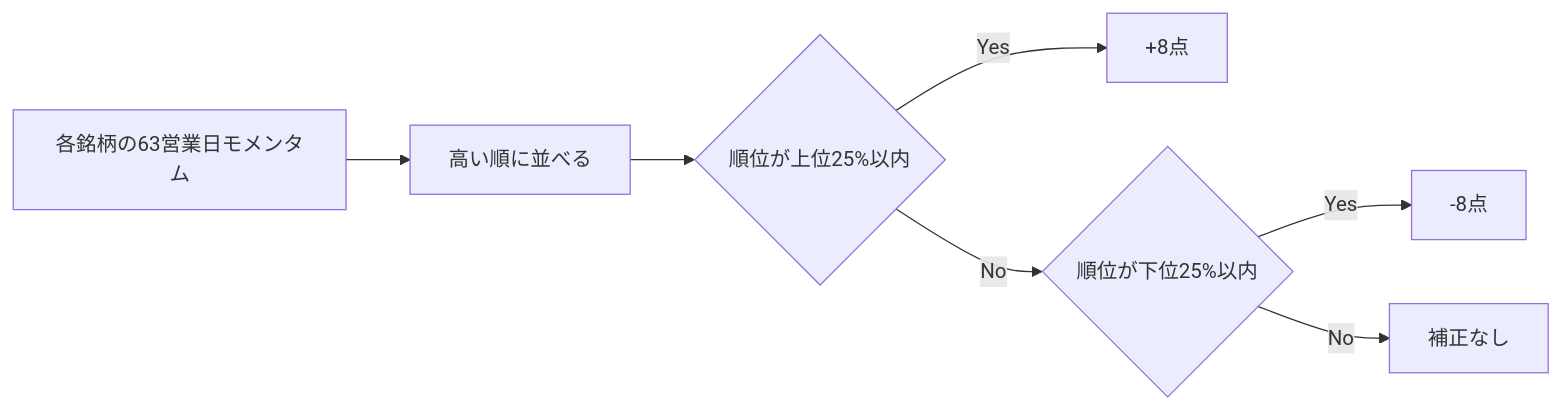
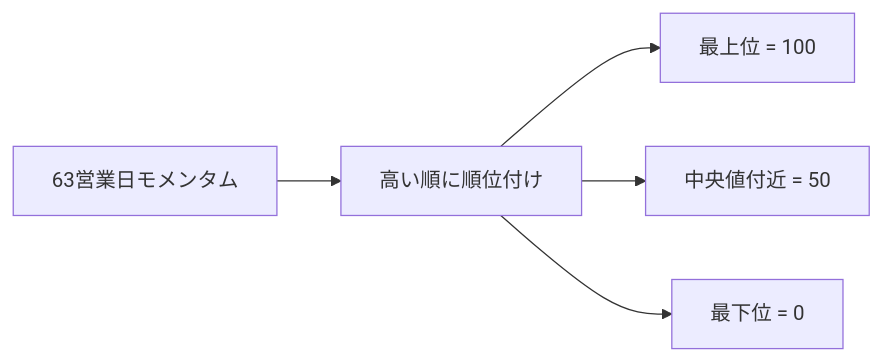
Before and after one commit to GtSt-jill/investment-app: the second of 2 diagrams in docs/technical-logic.md, drawn with Mermaid. The commit also changed other lines of this file and 11 other files, not shown here.

````diff
--- a/docs/technical-logic.md
+++ b/docs/technical-logic.md
@@ -214,9 +90,7 @@
 ```mermaid
 flowchart LR
-  A[各銘柄の63営業日モメンタム] --> B[高い順に並べる]
-  B --> C{順位が上位25%以内}
-  C -- Yes --> D[+8点]
-  C -- No --> E{順位が下位25%以内}
-  E -- Yes --> F[-8点]
-  E -- No --> G[補正なし]
+  A[63営業日モメンタム] --> B[高い順に順位付け]
+  B --> C[最上位 = 100]
+  B --> D[中央値付近 = 50]
+  B --> E[最下位 = 0]
 ```
````
